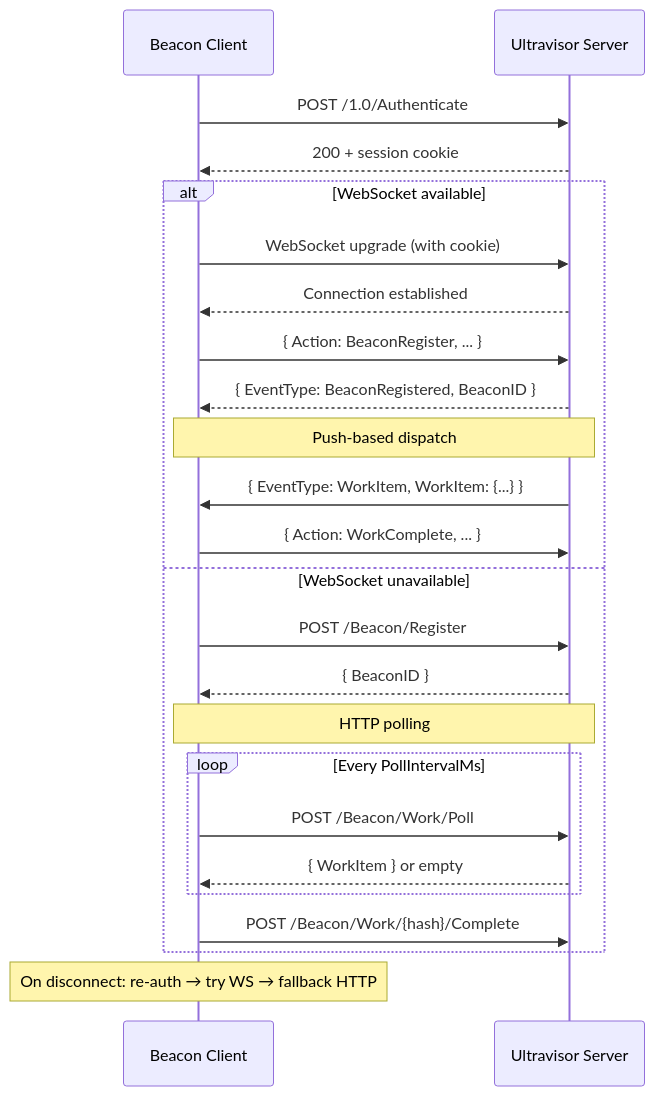
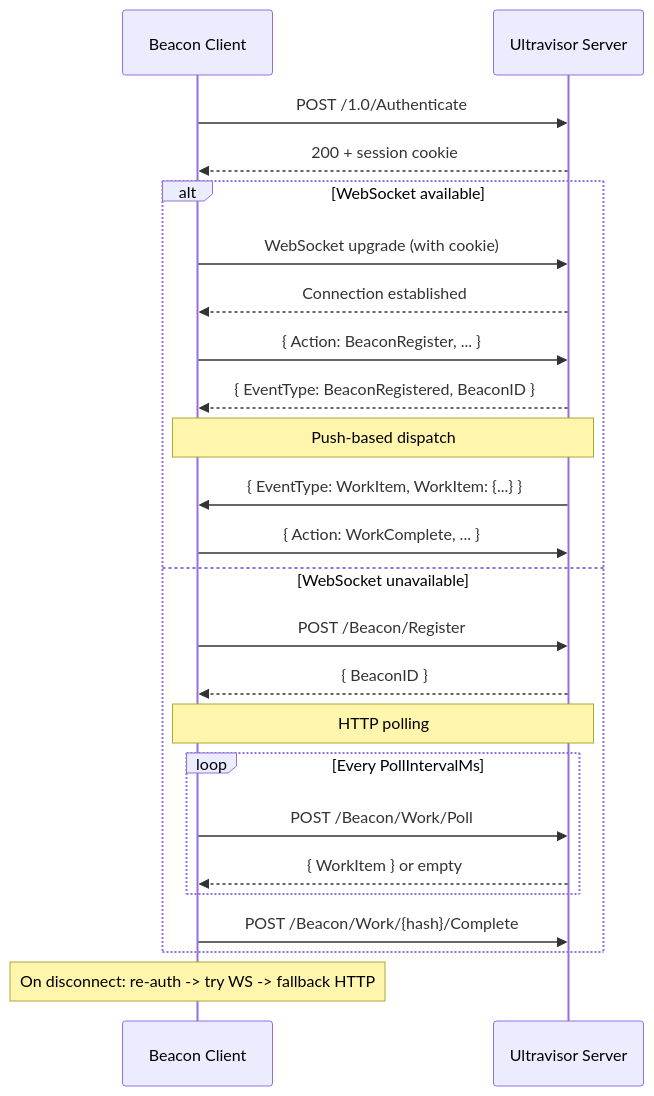
The second of 3 diagrams in docs/architecture.md (stevenvelozo/ultravisor-beacon), drawn with Mermaid before and after one commit. The commit also changed other lines of this file and 13 other files, not shown here.

````diff
--- a/docs/architecture.md
+++ b/docs/architecture.md
@@ -60,29 +60,29 @@
 ```mermaid
 sequenceDiagram
     participant B as Beacon Client
     participant S as Ultravisor Server
 
     B->>S: POST /1.0/Authenticate
     S-->>B: 200 + session cookie
 
     alt WebSocket available
         B->>S: WebSocket upgrade (with cookie)
         S-->>B: Connection established
         B->>S: { Action: BeaconRegister, ... }
         S-->>B: { EventType: BeaconRegistered, BeaconID }
         Note over B,S: Push-based dispatch
         S->>B: { EventType: WorkItem, WorkItem: {...} }
         B->>S: { Action: WorkComplete, ... }
     else WebSocket unavailable
         B->>S: POST /Beacon/Register
         S-->>B: { BeaconID }
         Note over B,S: HTTP polling
         loop Every PollIntervalMs
             B->>S: POST /Beacon/Work/Poll
             S-->>B: { WorkItem } or empty
         end
         B->>S: POST /Beacon/Work/{hash}/Complete
     end
 
-    Note over B: On disconnect: re-auth → try WS → fallback HTTP
+    Note over B: On disconnect: re-auth -> try WS -> fallback HTTP
 ```
````
